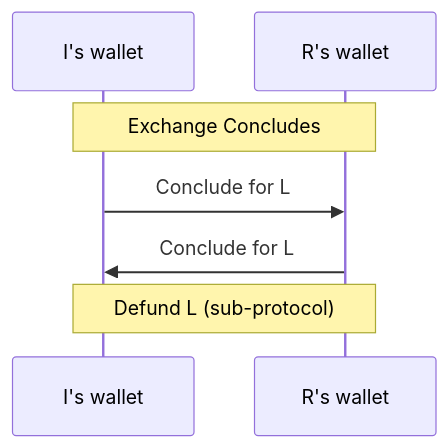
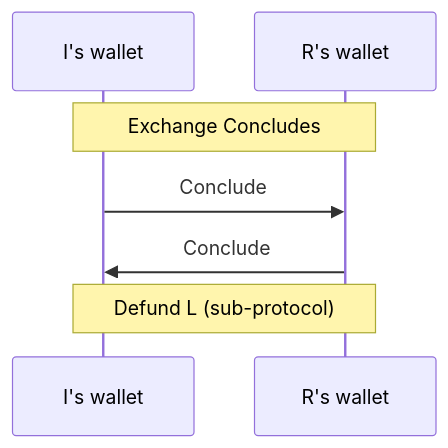
One commit to statechannels/statechannels changed the diagram in packages/rps/packages/wallet/src/redux/protocols/concluding/readme.md. Above: the diagram before and after it, drawn with Mermaid. The commit also changed 76 other files, not shown here.

````diff
--- a/packages/rps/packages/wallet/src/redux/protocols/concluding/readme.md
+++ b/packages/rps/packages/wallet/src/redux/protocols/concluding/readme.md
@@ -15,10 +15,10 @@
 ```mermaid
 sequenceDiagram
   participant I as I's wallet
   participant R as R's wallet
   Note  over I, R: Exchange Concludes
-  I->>R: Conclude for L
-  R->>I: Conclude for L
+  I->>R: Conclude
+  R->>I: Conclude
   Note  over I, R: Defund L (sub-protocol)
 
 ```
````
